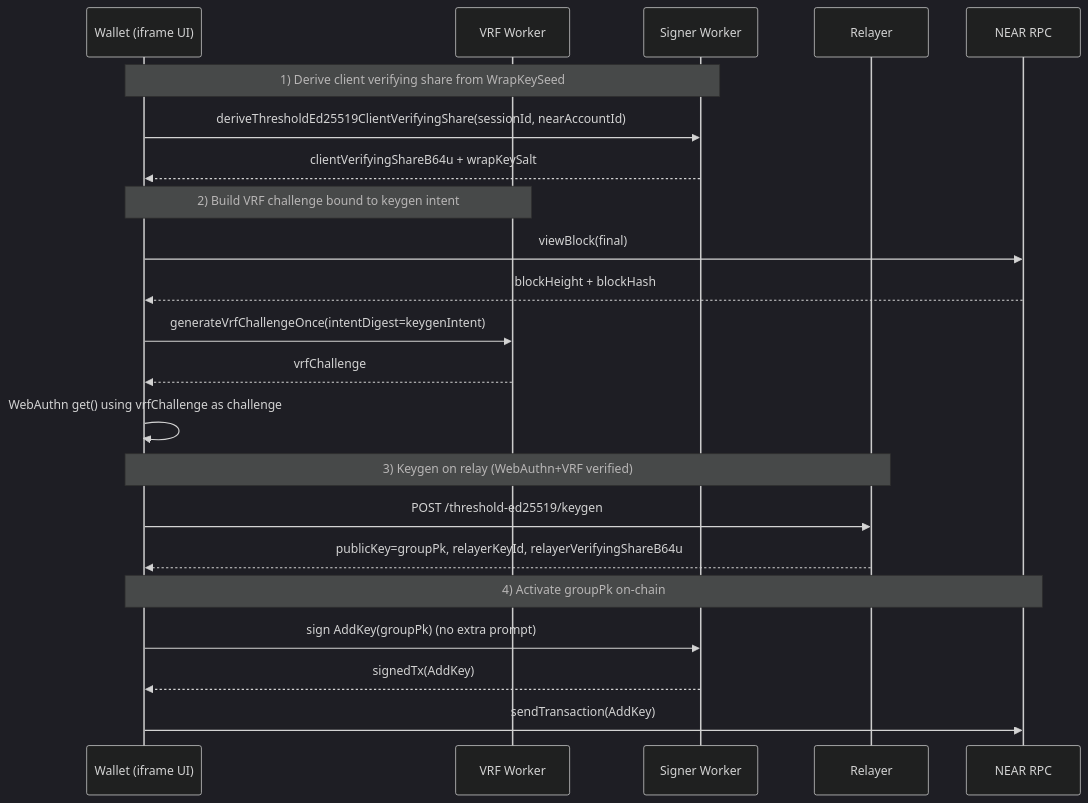
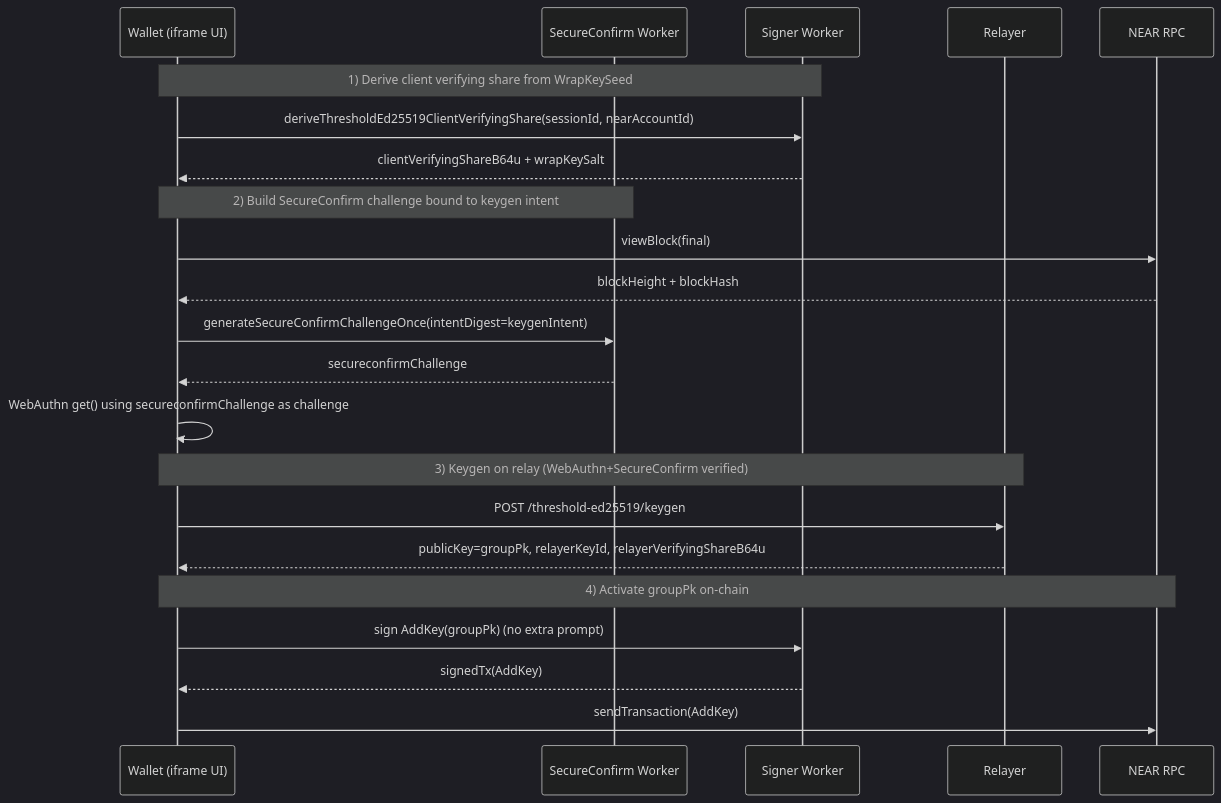
The first of 2 diagrams in examples/tatchi-docs/src/docs/concepts/threshold-signing.md (peitalin/simple-threshold-signer), drawn with Mermaid (dark theme) before and after one commit. The commit also changed other lines of this file and 242 other files, not shown here.

````diff
--- a/examples/tatchi-docs/src/docs/concepts/threshold-signing.md
+++ b/examples/tatchi-docs/src/docs/concepts/threshold-signing.md
@@ -35,28 +35,28 @@
 ```mermaid
 sequenceDiagram
   participant App as Wallet (iframe UI)
-  participant VRF as VRF Worker
+  participant SecureConfirm as SecureConfirm Worker
   participant Signer as Signer Worker
   participant Relay as Relayer
   participant NEAR as NEAR RPC
 
   Note over App,Signer: 1) Derive client verifying share from WrapKeySeed
   App->>Signer: deriveThresholdEd25519ClientVerifyingShare(sessionId, nearAccountId)
   Signer-->>App: clientVerifyingShareB64u + wrapKeySalt
 
-  Note over App,VRF: 2) Build VRF challenge bound to keygen intent
+  Note over App,SecureConfirm: 2) Build SecureConfirm challenge bound to keygen intent
   App->>NEAR: viewBlock(final)
   NEAR-->>App: blockHeight + blockHash
-  App->>VRF: generateVrfChallengeOnce(intentDigest=keygenIntent)
-  VRF-->>App: vrfChallenge
-  App->>App: WebAuthn get() using vrfChallenge as challenge
+  App->>SecureConfirm: generateSecureConfirmChallengeOnce(intentDigest=keygenIntent)
+  SecureConfirm-->>App: secureconfirmChallenge
+  App->>App: WebAuthn get() using secureconfirmChallenge as challenge
 
-  Note over App,Relay: 3) Keygen on relay (WebAuthn+VRF verified)
+  Note over App,Relay: 3) Keygen on relay (WebAuthn+SecureConfirm verified)
   App->>Relay: POST /threshold-ed25519/keygen
   Relay-->>App: publicKey=groupPk, relayerKeyId, relayerVerifyingShareB64u
 
   Note over App,NEAR: 4) Activate groupPk on-chain
   App->>Signer: sign AddKey(groupPk) (no extra prompt)
   Signer-->>App: signedTx(AddKey)
   App->>NEAR: sendTransaction(AddKey)
 ```
````
